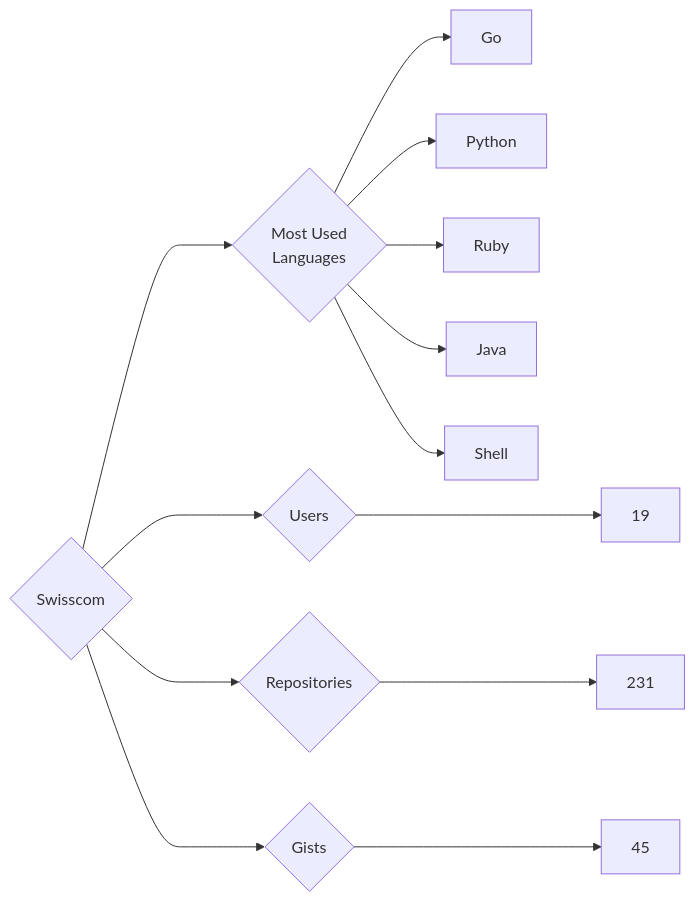
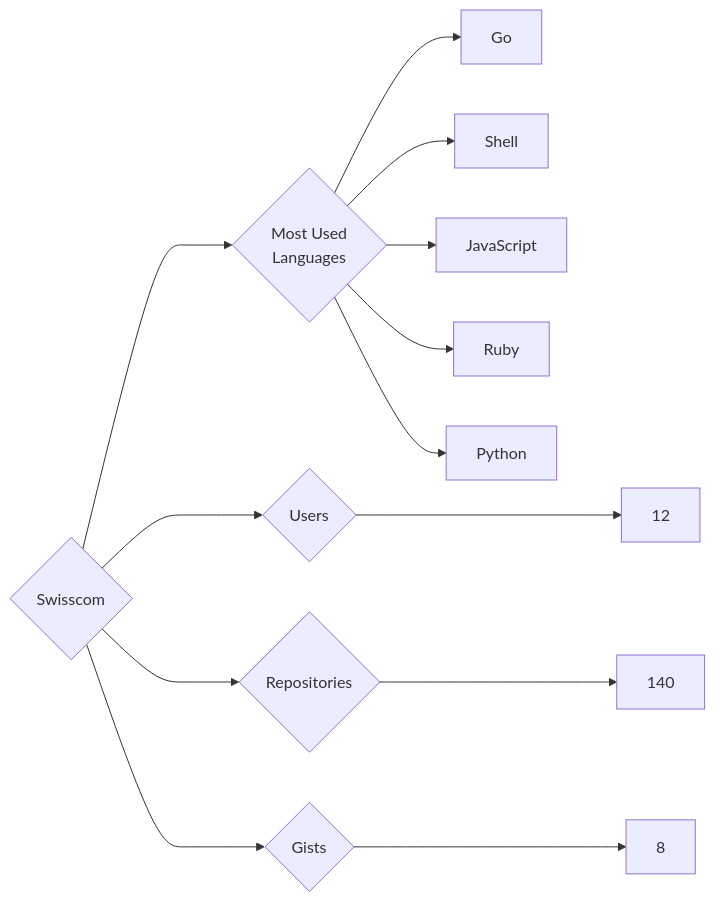
One commit to trickest/insiders changed the diagram in targets/Swisscom/README.md. Above: the diagram before and after it, drawn with Mermaid. The commit also changed 1696 other files, not shown here.

````diff
--- a/targets/Swisscom/README.md
+++ b/targets/Swisscom/README.md
@@ -3,13 +3,13 @@
 ```mermaid
 graph LR
 COMPANY_NAME{Swisscom}
-COMPANY_NAME ---> U{Users} ---> UN[19]
-COMPANY_NAME ---> R{Repositories} ---> RN[231]
-COMPANY_NAME ---> G{Gists} ---> GN[45]
+COMPANY_NAME ---> U{Users} ---> UN[12]
+COMPANY_NAME ---> R{Repositories} ---> RN[140]
+COMPANY_NAME ---> G{Gists} ---> GN[8]
 COMPANY_NAME ---> ML{Most Used<br>Languages}
 ML --> Go[Go]
+ML --> Shell[Shell]
+ML --> JavaScript[JavaScript]
+ML --> Ruby[Ruby]
 ML --> Python[Python]
-ML --> Ruby[Ruby]
-ML --> Java[Java]
-ML --> Shell[Shell]
 ```
````
